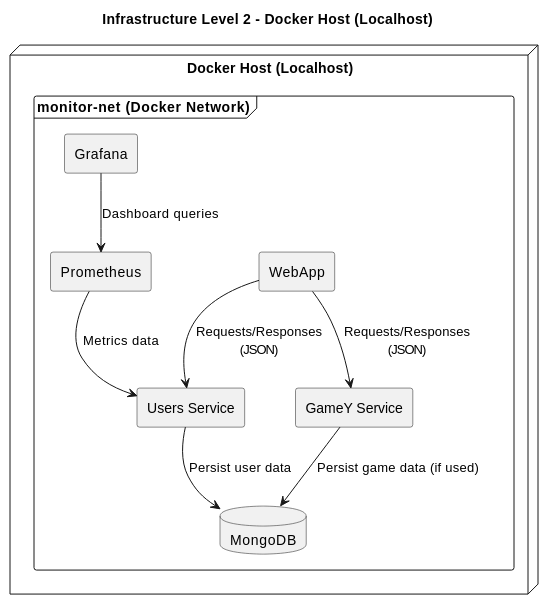
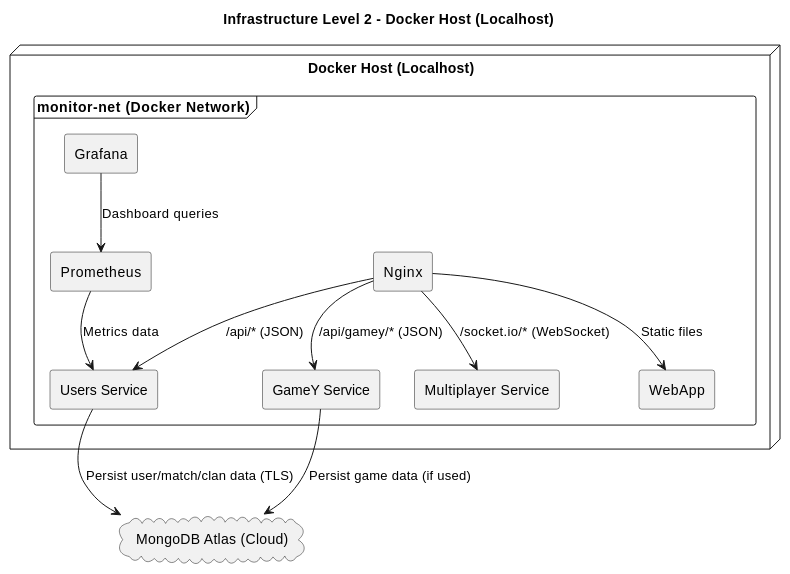
The second of 5 diagrams in docs/src/07_deployment_view.adoc (Arquisoft/yovi_es1a), drawn with PlantUML before and after one commit. The commit also changed other lines of this file and 2 other files, not shown here.

```diff
--- a/docs/src/07_deployment_view.adoc
+++ b/docs/src/07_deployment_view.adoc
@@ -154,29 +167,34 @@
 [plantuml]
 ----
 @startuml
 title Infrastructure Level 2 - Docker Host (Localhost)
 
 skinparam shadowing false
 skinparam componentStyle rectangle
 
 node "Docker Host (Localhost)" as host {
   frame "monitor-net (Docker Network)" as net {
+    [Nginx] as nginx
     [WebApp] as webapp
     [Users Service] as users
     [GameY Service] as gamey
-    database "MongoDB" as mongo
+    [Multiplayer Service] as multiplayer
     [Prometheus] as prom
     [Grafana] as graf
   }
 }
 
-webapp --> users : Requests/Responses\n(JSON)
-webapp --> gamey : Requests/Responses\n(JSON)
+cloud "MongoDB Atlas (Cloud)" as mongo
 
-users --> mongo : Persist user data
+nginx --> webapp : Static files
+nginx --> users : /api/* (JSON)
+nginx --> gamey : /api/gamey/* (JSON)
+nginx --> multiplayer : /socket.io/* (WebSocket)
+
+users --> mongo : Persist user/match/clan data (TLS)
 gamey --> mongo : Persist game data (if used)
 
 prom --> users : Metrics data
 graf --> prom : Dashboard queries
 @enduml
 ----
```
